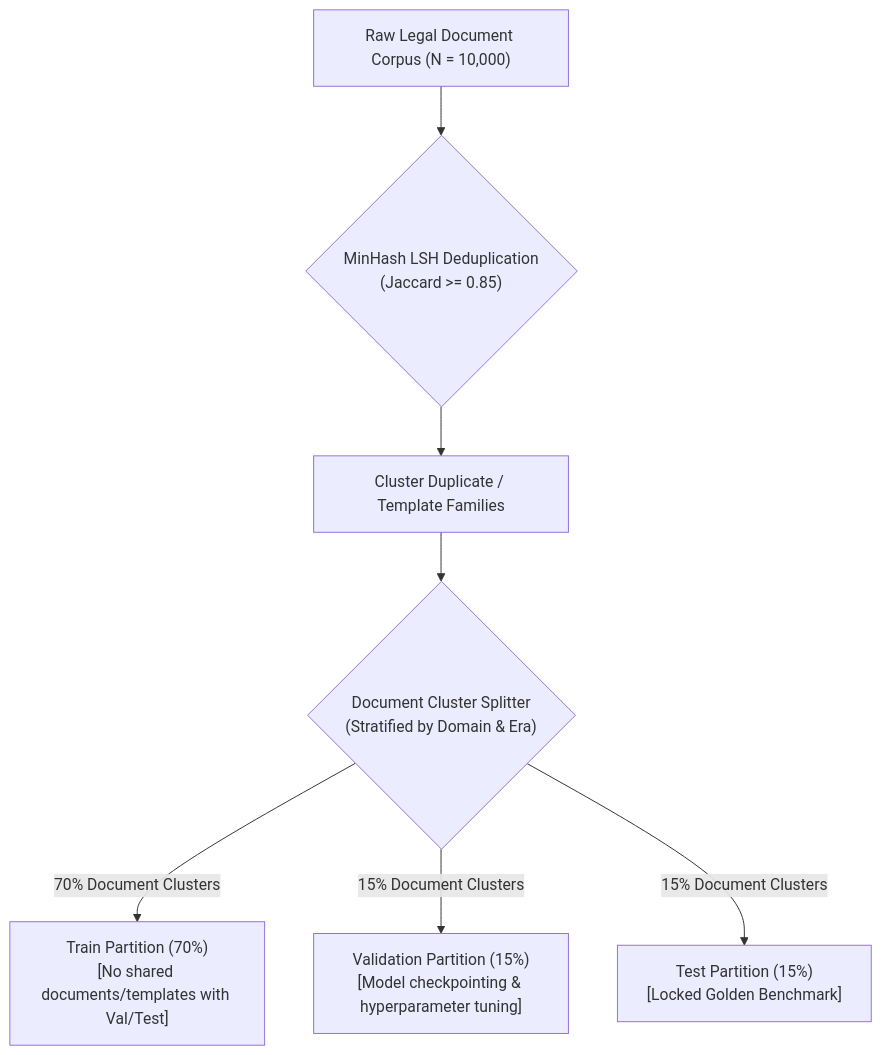
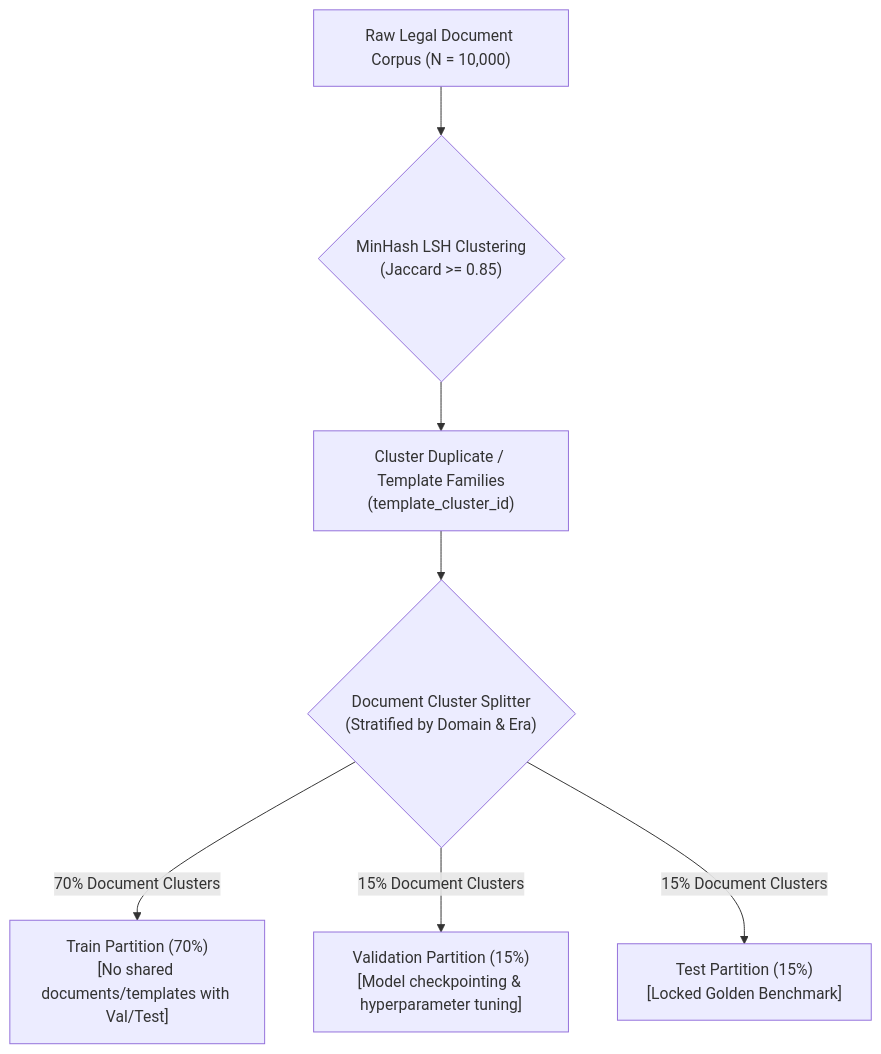
Before and after one commit to Yatharthnagpal/review: the diagram in 10_DATASET_SPLITTING_AND_LEAKAGE.md, drawn with Mermaid. The commit also changed other lines of this file and 18 other files, not shown here.

````diff
--- a/10_DATASET_SPLITTING_AND_LEAKAGE.md
+++ b/10_DATASET_SPLITTING_AND_LEAKAGE.md
@@ -22,12 +23,12 @@
 ```mermaid
 flowchart TD
-    RawDocs["Raw Legal Document Corpus (N = 10,000)"] --> NearDup{"MinHash LSH Deduplication<br/>(Jaccard >= 0.85)"}
+    RawDocs["Raw Legal Document Corpus (N = 10,000)"] --> NearDup{"MinHash LSH Clustering<br/>(Jaccard >= 0.85)"}
     
-    NearDup --> ClusterGroup["Cluster Duplicate / Template Families"]
+    NearDup --> ClusterGroup["Cluster Duplicate / Template Families<br/>(template_cluster_id)"]
     
     ClusterGroup --> Splitter{"Document Cluster Splitter<br/>(Stratified by Domain & Era)"}
     
     Splitter -->|"70% Document Clusters"| TrainSplit["Train Partition (70%)<br/>[No shared documents/templates with Val/Test]"]
     Splitter -->|"15% Document Clusters"| ValSplit["Validation Partition (15%)<br/>[Model checkpointing & hyperparameter tuning]"]
     Splitter -->|"15% Document Clusters"| TestSplit["Test Partition (15%)<br/>[Locked Golden Benchmark]"]
 ```
````
